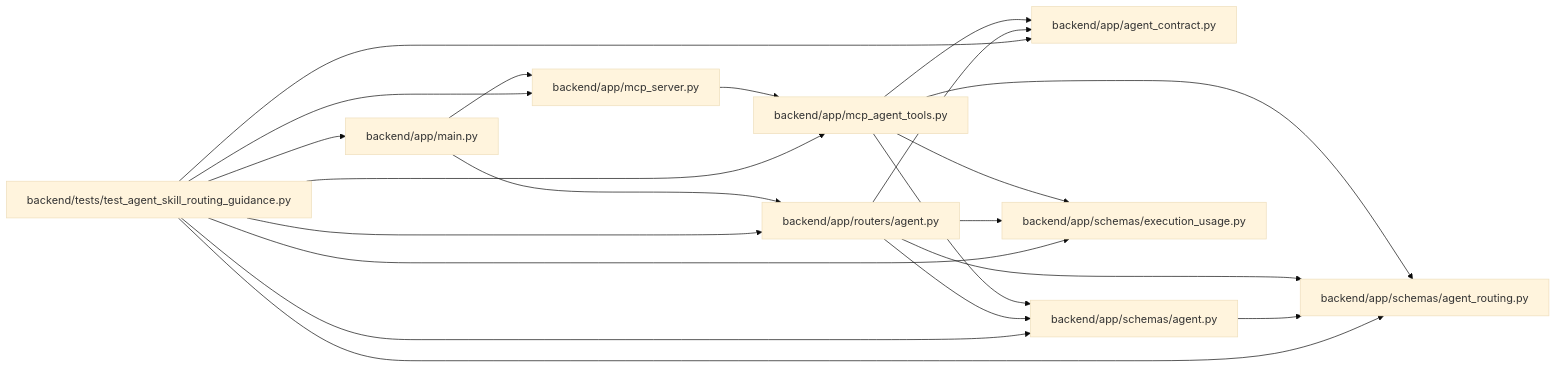
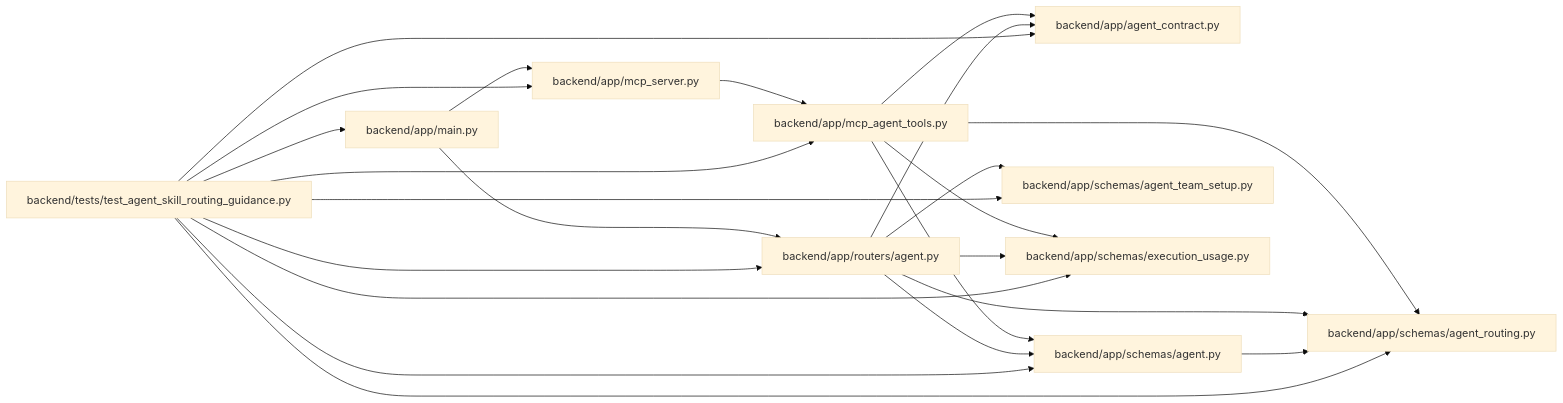
The diagram in docs/llm_wiki/modules/test_agent_skill_routing_guidance.md (Denissvgn/WorkChord), drawn with Mermaid (base theme) before and after one commit. The commit also changed other lines of this file and 724 other files, not shown here.

````diff
--- a/docs/llm_wiki/modules/test_agent_skill_routing_guidance.md
+++ b/docs/llm_wiki/modules/test_agent_skill_routing_guidance.md
@@ -31,41 +32,45 @@
 ```mermaid
 flowchart LR
     n0["backend/app/agent_contract.py"]
     n1["backend/app/main.py"]
     n2["backend/app/mcp_agent_tools.py"]
     n3["backend/app/mcp_server.py"]
     n4["backend/app/routers/agent.py"]
     n5["backend/app/schemas/agent.py"]
     n6["backend/app/schemas/agent_routing.py"]
-    n7["backend/app/schemas/execution_usage.py"]
-    n8["backend/tests/test_agent_skill_routing_guidance.py"]
+    n7["backend/app/schemas/agent_team_setup.py"]
+    n8["backend/app/schemas/execution_usage.py"]
+    n9["backend/tests/test_agent_skill_routing_guidance.py"]
     n1 --> n3
     n1 --> n4
     n2 --> n0
     n2 --> n5
     n2 --> n6
-    n2 --> n7
+    n2 --> n8
     n3 --> n2
     n4 --> n0
     n4 --> n5
     n4 --> n6
     n4 --> n7
+    n4 --> n8
     n5 --> n6
-    n8 --> n0
-    n8 --> n1
-    n8 --> n2
-    n8 --> n3
-    n8 --> n4
-    n8 --> n5
-    n8 --> n6
-    n8 --> n7
+    n9 --> n0
+    n9 --> n1
+    n9 --> n2
+    n9 --> n3
+    n9 --> n4
+    n9 --> n5
+    n9 --> n6
+    n9 --> n7
+    n9 --> n8
     click n0 "../modules/agent_contract.md"
     click n1 "../modules/app_main.md"
     click n2 "../modules/mcp_agent_tools.md"
     click n3 "../modules/mcp_server.md"
     click n4 "../modules/routers_agent.md"
     click n5 "../modules/schemas_agent.md"
     click n6 "../modules/agent_routing.md"
-    click n7 "../modules/schemas_execution_usage.md"
-    click n8 "../modules/test_agent_skill_routing_guidance.md"
+    click n7 "../modules/agent_team_setup.md"
+    click n8 "../modules/schemas_execution_usage.md"
+    click n9 "../modules/test_agent_skill_routing_guidance.md"
 ```
````
